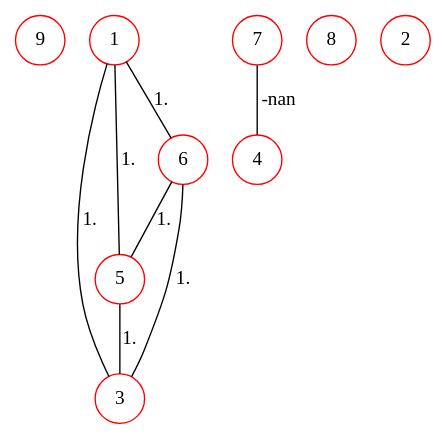
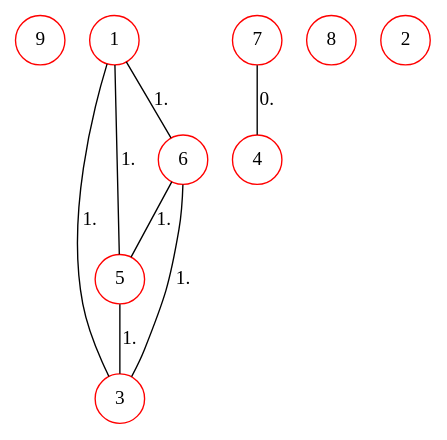
One commit to nightmared/project_graphs_2019_2020 changed the diagram in Graph_Project/src/graphs/nover/g3-3.dot. Above: the diagram before and after it, drawn with Graphviz. The commit also changed 5 other files, not shown here.

Commit message:
Correction de Nover et partie 3 : Convolution de graphes

```diff
--- a/Graph_Project/src/graphs/nover/g3-3.dot
+++ b/Graph_Project/src/graphs/nover/g3-3.dot
@@ -1,21 +1,21 @@
 graph G {
   9 [shape=circle, color="#FF0000", label="9", ];
   1 [shape=circle, color="#FF0000", label="1", ];
   4 [shape=circle, color="#FF0000", label="4", ];
   7 [shape=circle, color="#FF0000", label="7", ];
   8 [shape=circle, color="#FF0000", label="8", ];
   2 [shape=circle, color="#FF0000", label="2", ];
   3 [shape=circle, color="#FF0000", label="3", ];
   5 [shape=circle, color="#FF0000", label="5", ];
   6 [shape=circle, color="#FF0000", label="6", ];
   
   
   1 -- 3 [label="1.", ];
   1 -- 5 [label="1.", ];
   1 -- 6 [label="1.", ];
-  7 -- 4 [label="-nan", ];
+  7 -- 4 [label="0.", ];
   5 -- 3 [label="1.", ];
   6 -- 3 [label="1.", ];
   6 -- 5 [label="1.", ];
   
   }
```
